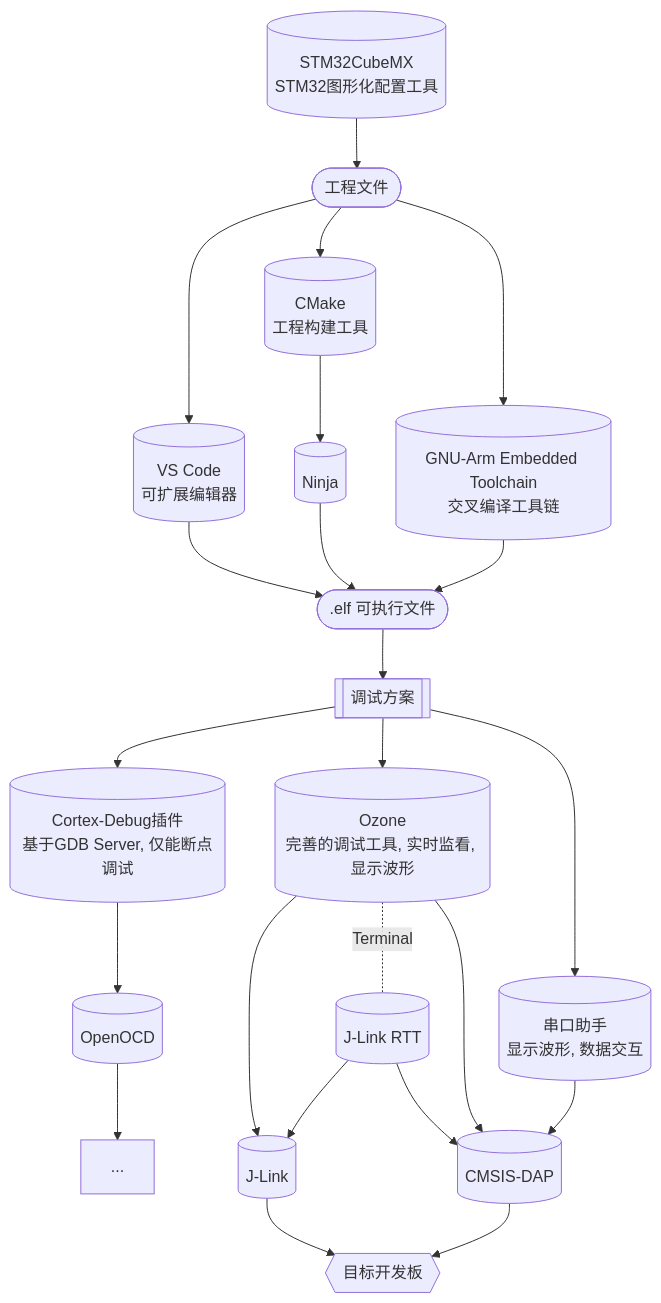
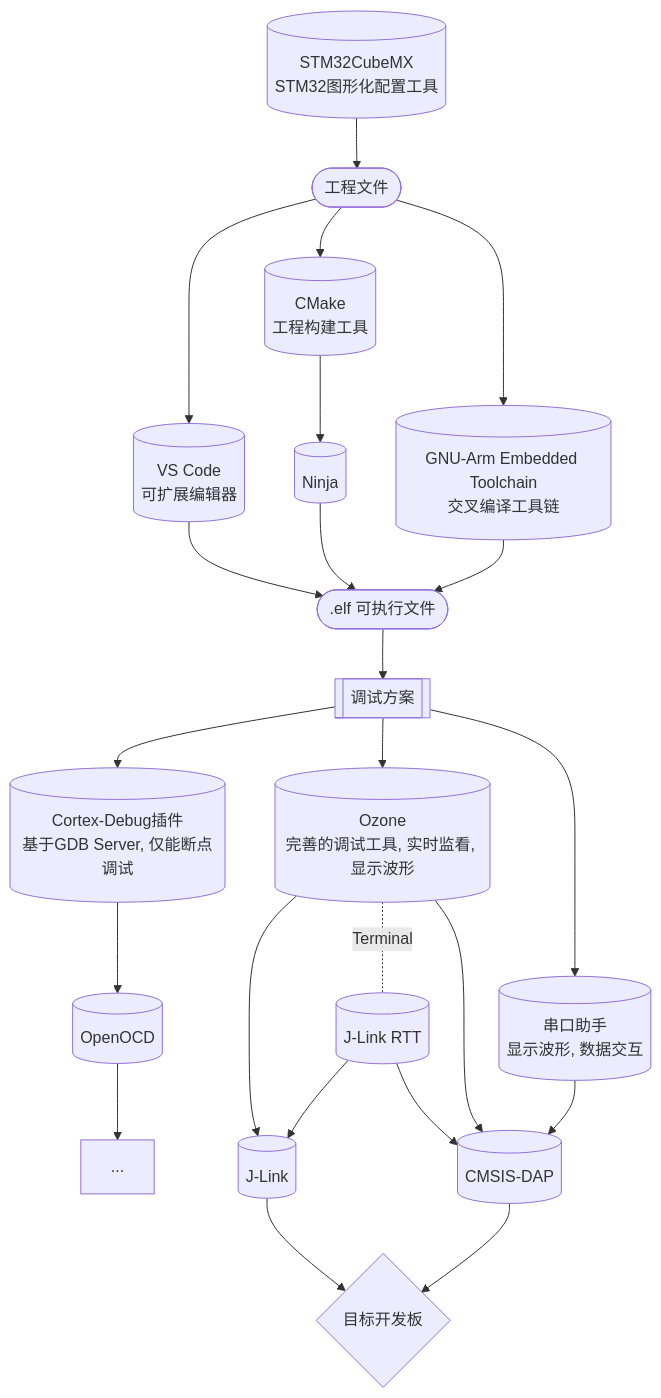
Before and after one commit to ANOEC/hotpot: the diagram in docs/开发指南/开发环境/CubeMX+VSCode+Ozone 配置STM32开发环境(Ninja).md, drawn with Mermaid. The commit also changed 5 other files, not shown here.

````diff
--- a/docs/开发指南/开发环境/CubeMX+VSCode+Ozone 配置STM32开发环境(Ninja).md
+++ b/docs/开发指南/开发环境/CubeMX+VSCode+Ozone 配置STM32开发环境(Ninja).md
@@ -6,17 +6,17 @@
 ```mermaid
 graph TD
 id3[(STM32CubeMX<br>STM32图形化配置工具)]-->id2([工程文件])-->id5 & id7 & id1
 id5[(VS Code<br>可扩展编辑器)]-->id9
 id77[(Ninja)]-->id9
 id1[(GNU-Arm Embedded Toolchain<br>交叉编译工具链)]-->id9([.elf 可执行文件])
 id7[(CMake<br>工程构建工具)]-->id77
 id9-->id10[[调试方案]]-->id12[(Cortex-Debug插件<br>基于GDB Server, 仅能断点调试)]
 id11-->id14[(J-Link)]-->id19
 id12-->id17[(OpenOCD)]-->...
-id15[(CMSIS-DAP)]-->id19{{目标开发板}}
+id15[(CMSIS-DAP)]-->id19{目标开发板}
 id10-->id11[(Ozone<br>完善的调试工具, 实时监看, 显示波形)]
 id11-.Terminal.-id16[(J-Link RTT)]-->id14
 id10-->id18[(串口助手<br>显示波形, 数据交互)]-->id15
 id11-->id15
 id16-->id15
 ```
````
